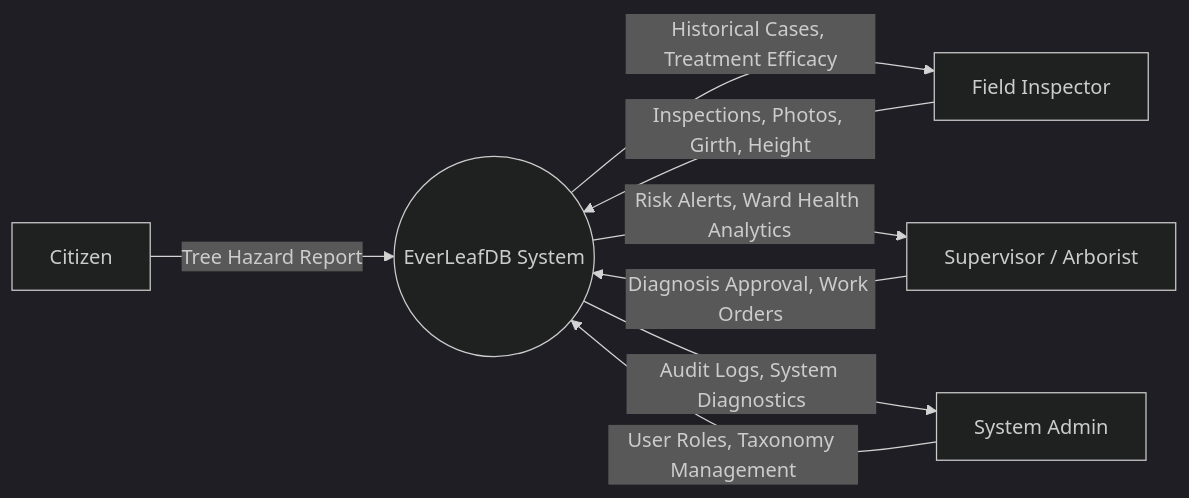
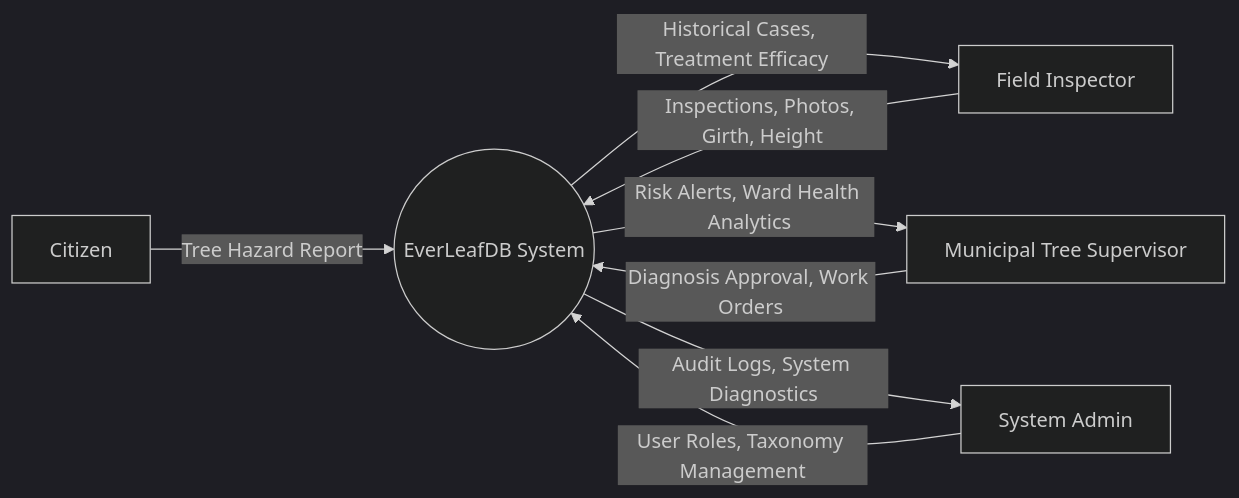
Before and after one commit to karthik5033/EverLeafDB: the fourth of 7 diagrams in README.md, drawn with Mermaid (dark theme). The commit also changed other lines of this file and 3 other files, not shown here.

````diff
--- a/README.md
+++ b/README.md
@@ -223,10 +223,10 @@
 ```mermaid
 flowchart LR
     CR[Citizen] -->|Tree Hazard Report| SYS((EverLeafDB System))
     FI[Field Inspector] -->|Inspections, Photos, Girth, Height| SYS
     SYS -->|Historical Cases, Treatment Efficacy| FI
-    SUP[Supervisor / Arborist] -->|Diagnosis Approval, Work Orders| SYS
+    SUP[Municipal Tree Supervisor] -->|Diagnosis Approval, Work Orders| SYS
     SYS -->|Risk Alerts, Ward Health Analytics| SUP
     ADM[System Admin] -->|User Roles, Taxonomy Management| SYS
     SYS -->|Audit Logs, System Diagnostics| ADM
 ```
````
